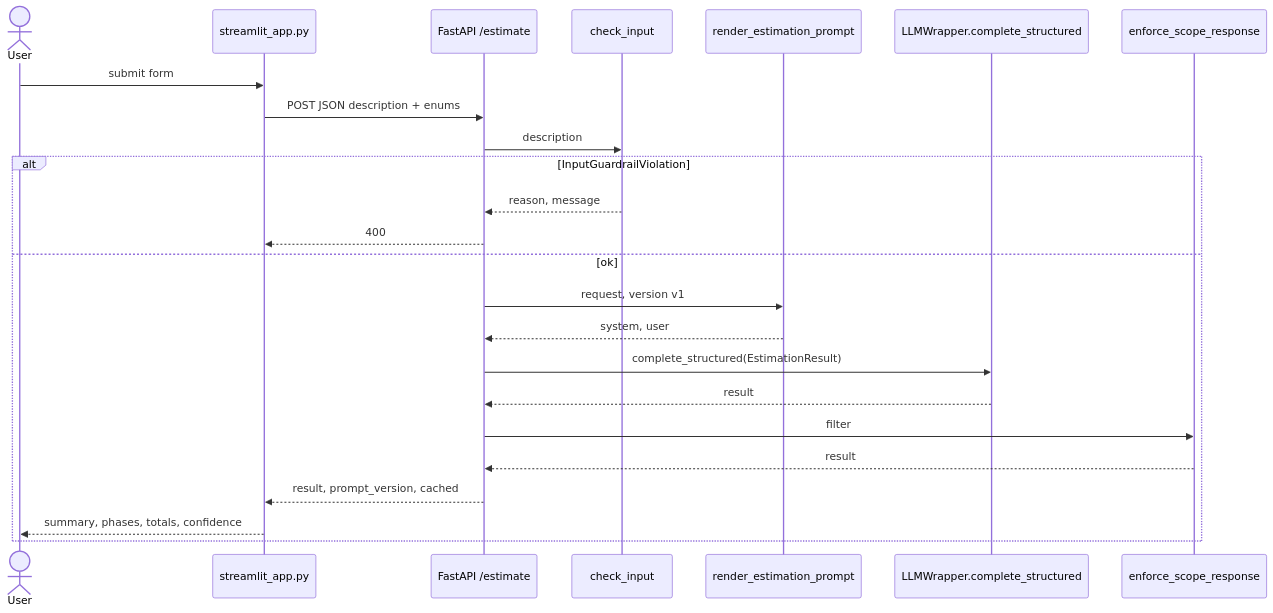
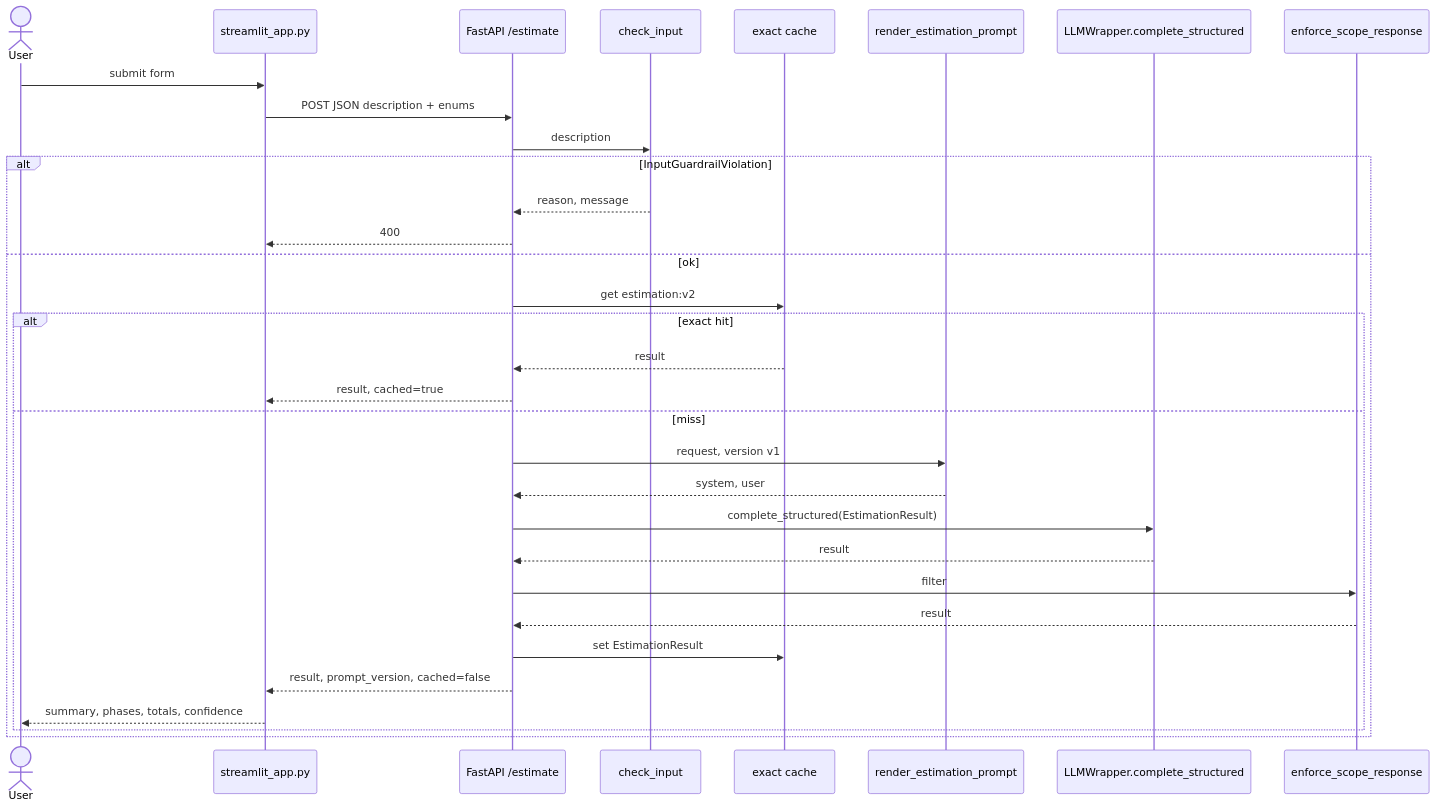
The diagram in estimador-cag/README.md (morales4dev/ai-engineering), drawn with Mermaid before and after one commit. The commit also changed 2 other files, not shown here.

Commit message:
Add Exact-match cache keyed on the typed request so identical forms skip the LLM.

````diff
--- a/estimador-cag/README.md
+++ b/estimador-cag/README.md
@@ -74,27 +74,35 @@
 ```mermaid
 sequenceDiagram
     actor User
     participant UI as streamlit_app.py
     participant API as FastAPI /estimate
     participant In as check_input
+    participant Exact as exact cache
     participant Loader as render_estimation_prompt
     participant W as LLMWrapper.complete_structured
     participant Out as enforce_scope_response
 
     User->>UI: submit form
     UI->>API: POST JSON description + enums
     API->>In: description
     alt InputGuardrailViolation
         In-->>API: reason, message
         API-->>UI: 400
     else ok
-        API->>Loader: request, version v1
-        Loader-->>API: system, user
-        API->>W: complete_structured(EstimationResult)
-        W-->>API: result
-        API->>Out: filter
-        Out-->>API: result
-        API-->>UI: result, prompt_version, cached
-        UI-->>User: summary, phases, totals, confidence
+        API->>Exact: get estimation:v2
+        alt exact hit
+            Exact-->>API: result
+            API-->>UI: result, cached=true
+        else miss
+            API->>Loader: request, version v1
+            Loader-->>API: system, user
+            API->>W: complete_structured(EstimationResult)
+            W-->>API: result
+            API->>Out: filter
+            Out-->>API: result
+            API->>Exact: set EstimationResult
+            API-->>UI: result, prompt_version, cached=false
+            UI-->>User: summary, phases, totals, confidence
+        end
     end
 ```
````
